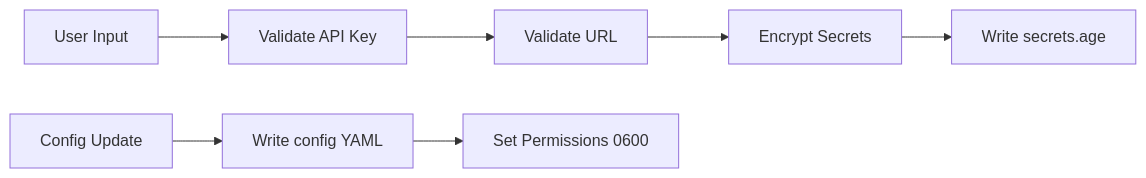
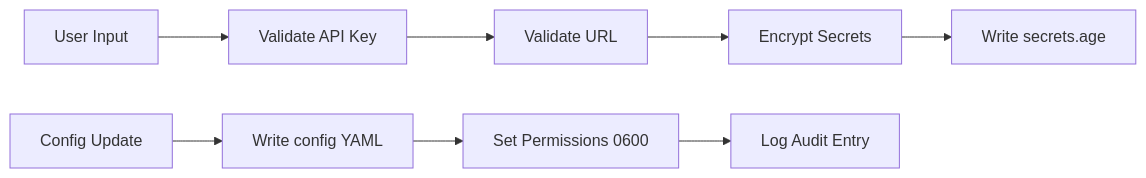
One commit to dkmnx/kairo changed the third of 6 diagrams in docs/architecture/README.md. Above: the diagram before and after it, drawn with Mermaid. The commit also changed other lines of this file and 5 other files, not shown here.

First line of the commit message:
docs: update documentation for audit feature and architecture

````diff
--- a/docs/architecture/README.md
+++ b/docs/architecture/README.md
@@ -109,9 +127,10 @@
 ```mermaid
 flowchart LR
     A[User Input] --> B[Validate API Key]
     B --> C[Validate URL]
     C --> D[Encrypt Secrets]
     D --> E[Write secrets.age]
     F[Config Update] --> G[Write config YAML]
     G --> H[Set Permissions 0600]
+    H --> I[Log Audit Entry]
 ```
````
